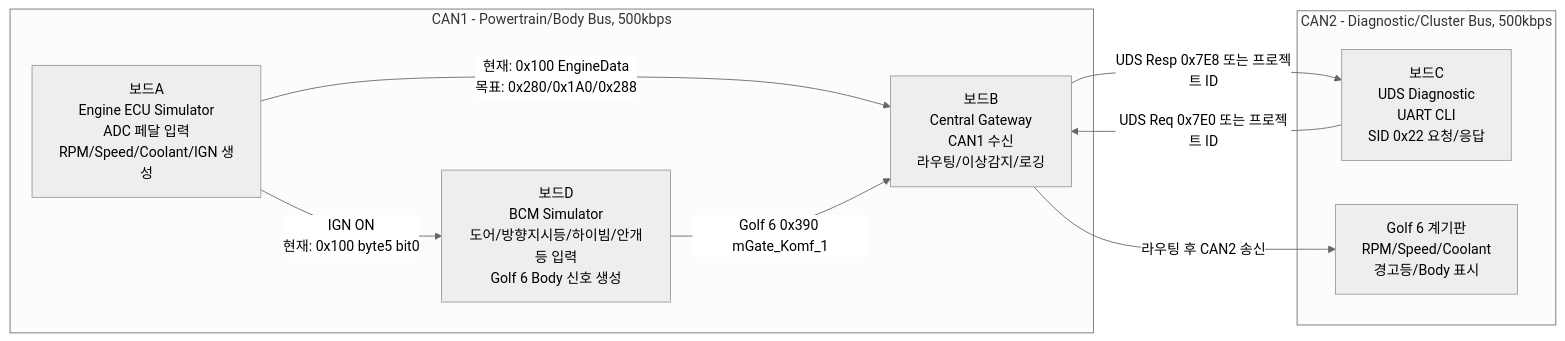
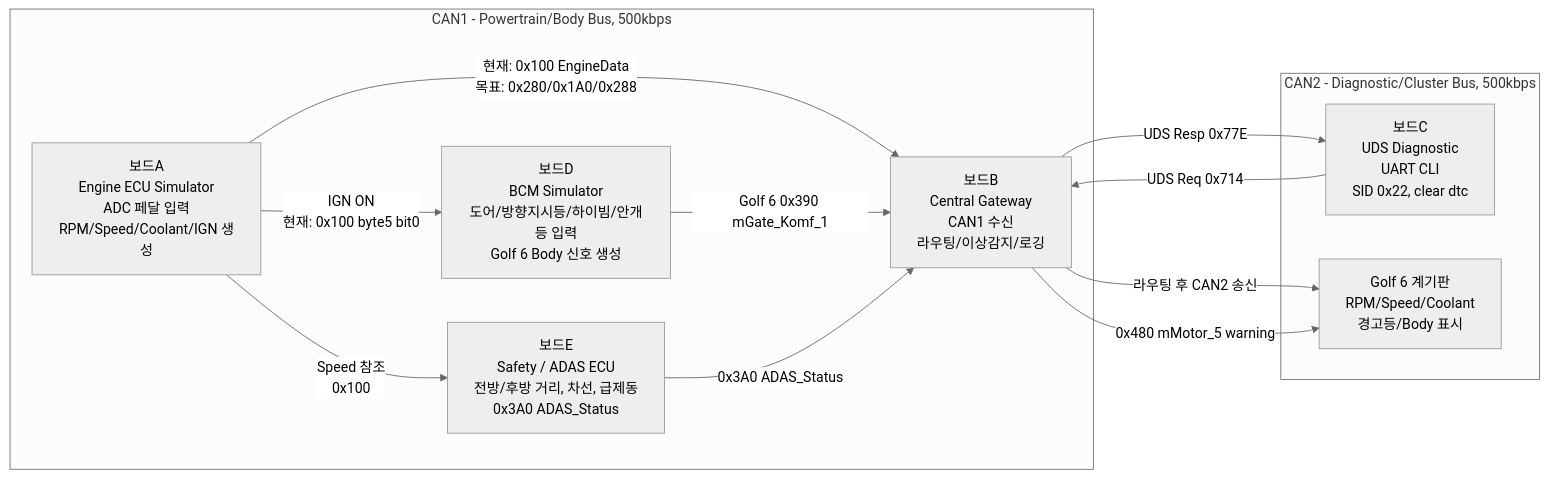
The first of 2 diagrams in README.md (JJiiyun/can-gateway-uds), drawn with Mermaid (neutral theme) before and after one commit. The commit also changed other lines of this file and 34 other files, not shown here.

````diff
--- a/README.md
+++ b/README.md
@@ -39,26 +39,31 @@
 ```mermaid
 flowchart LR
     A["보드A<br/>Engine ECU Simulator<br/>ADC 페달 입력<br/>RPM/Speed/Coolant/IGN 생성"]
     D["보드D<br/>BCM Simulator<br/>도어/방향지시등/하이빔/안개등 입력<br/>Golf 6 Body 신호 생성"]
+    E["보드E<br/>Safety / ADAS ECU<br/>전방/후방 거리, 차선, 급제동<br/>0x3A0 ADAS_Status"]
     B["보드B<br/>Central Gateway<br/>CAN1 수신<br/>라우팅/이상감지/로깅"]
-    C["보드C<br/>UDS Diagnostic<br/>UART CLI<br/>SID 0x22 요청/응답"]
+    C["보드C<br/>UDS Diagnostic<br/>UART CLI<br/>SID 0x22, clear dtc"]
     K["Golf 6 계기판<br/>RPM/Speed/Coolant<br/>경고등/Body 표시"]
 
     subgraph CAN1["CAN1 - Powertrain/Body Bus, 500kbps"]
         A
         D
+        E
         B
     end
 
     subgraph CAN2["CAN2 - Diagnostic/Cluster Bus, 500kbps"]
         C
         K
     end
 
     A -- "현재: 0x100 EngineData<br/>목표: 0x280/0x1A0/0x288" --> B
     A -- "IGN ON<br/>현재: 0x100 byte5 bit0" --> D
+    A -- "Speed 참조<br/>0x100" --> E
     D -- "Golf 6 0x390 mGate_Komf_1" --> B
+    E -- "0x3A0 ADAS_Status" --> B
     B -- "라우팅 후 CAN2 송신" --> K
-    C -- "UDS Req 0x7E0 또는 프로젝트 ID" --> B
-    B -- "UDS Resp 0x7E8 또는 프로젝트 ID" --> C
+    B -- "0x480 mMotor_5 warning" --> K
+    C -- "UDS Req 0x714" --> B
+    B -- "UDS Resp 0x77E" --> C
 ```
````
